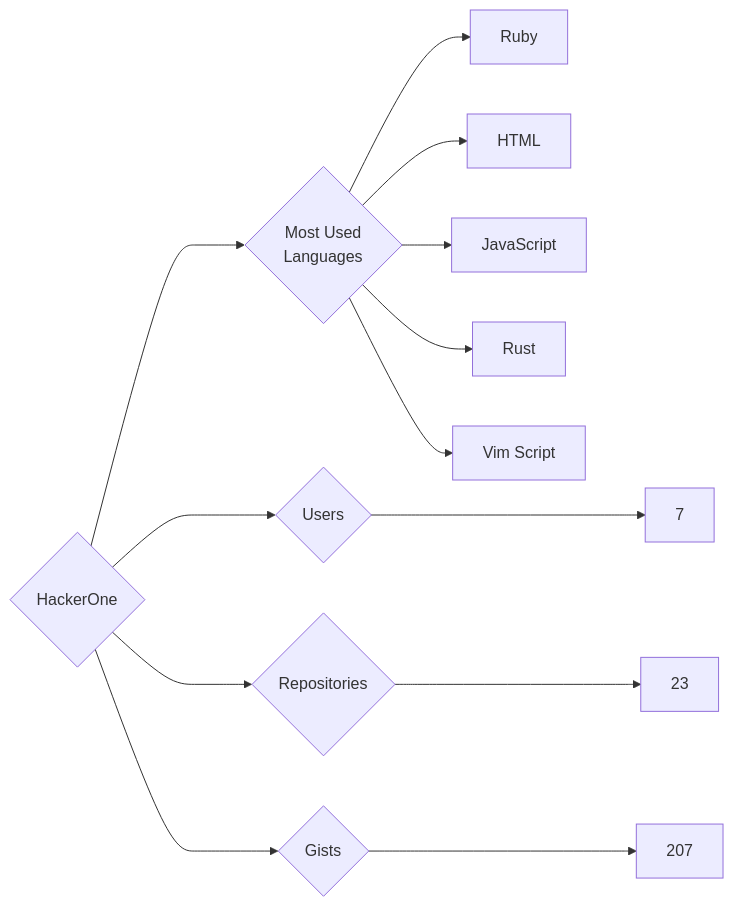
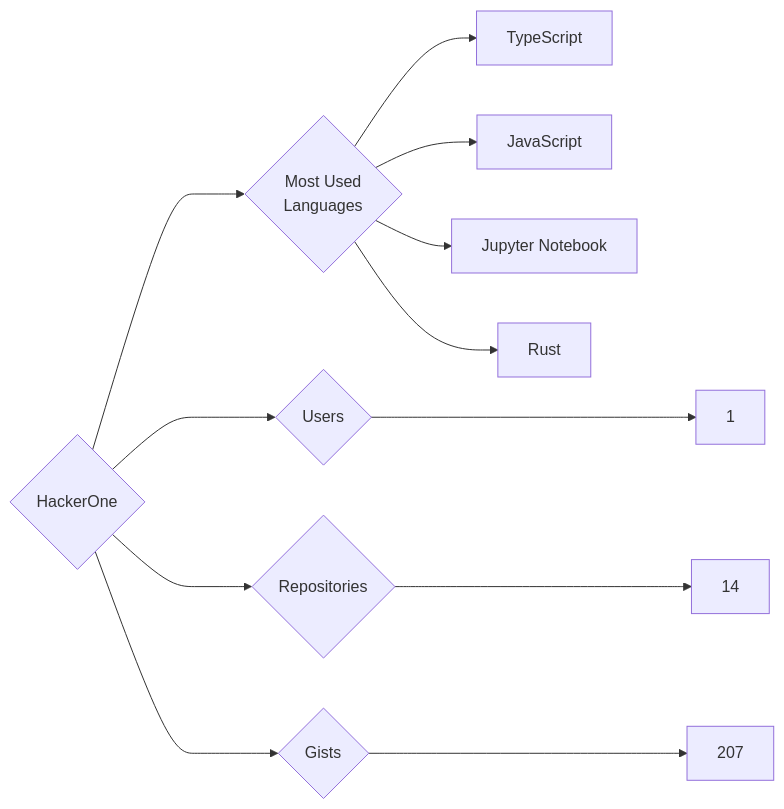
Before and after one commit to trickest/insiders: the diagram in targets/HackerOne/README.md, drawn with Mermaid. The commit also changed 618 other files, not shown here.

````diff
--- a/targets/HackerOne/README.md
+++ b/targets/HackerOne/README.md
@@ -3,13 +3,12 @@
 ```mermaid
 graph LR
 COMPANY_NAME{HackerOne}
-COMPANY_NAME ---> U{Users} ---> UN[7]
-COMPANY_NAME ---> R{Repositories} ---> RN[23]
+COMPANY_NAME ---> U{Users} ---> UN[1]
+COMPANY_NAME ---> R{Repositories} ---> RN[14]
 COMPANY_NAME ---> G{Gists} ---> GN[207]
 COMPANY_NAME ---> ML{Most Used<br>Languages}
-ML --> Ruby[Ruby]
-ML --> HTML[HTML]
+ML --> TypeScript[TypeScript]
 ML --> JavaScript[JavaScript]
+ML --> Jupyter_Notebook[Jupyter Notebook]
 ML --> Rust[Rust]
-ML --> Vim_Script[Vim Script]
 ```
````
